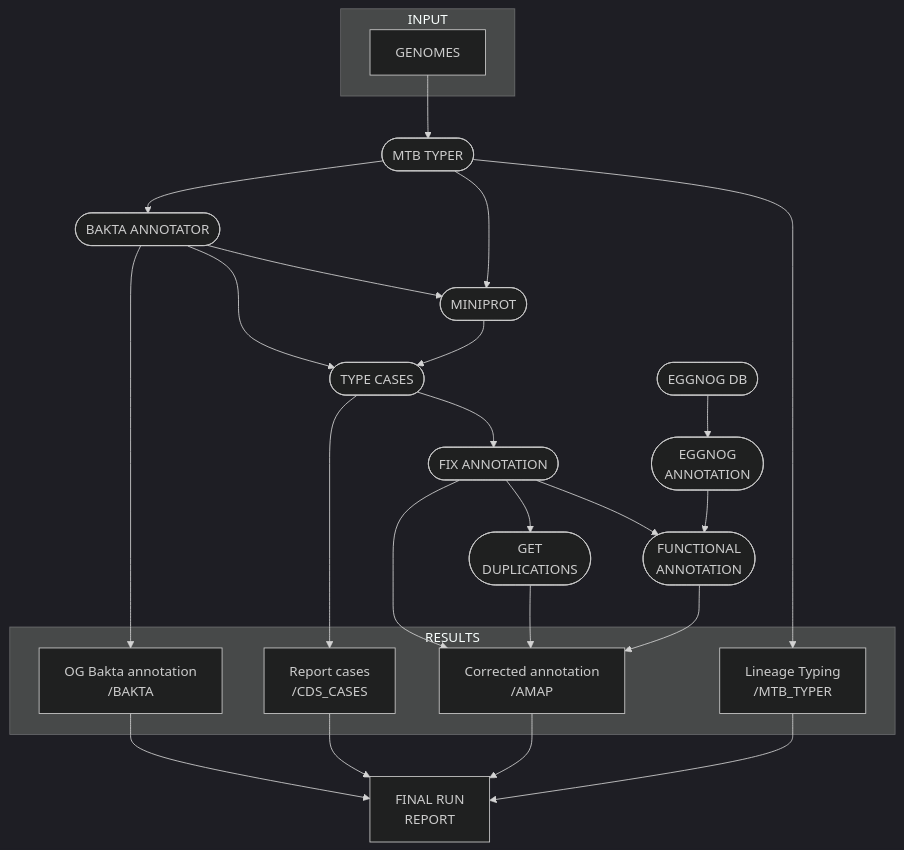
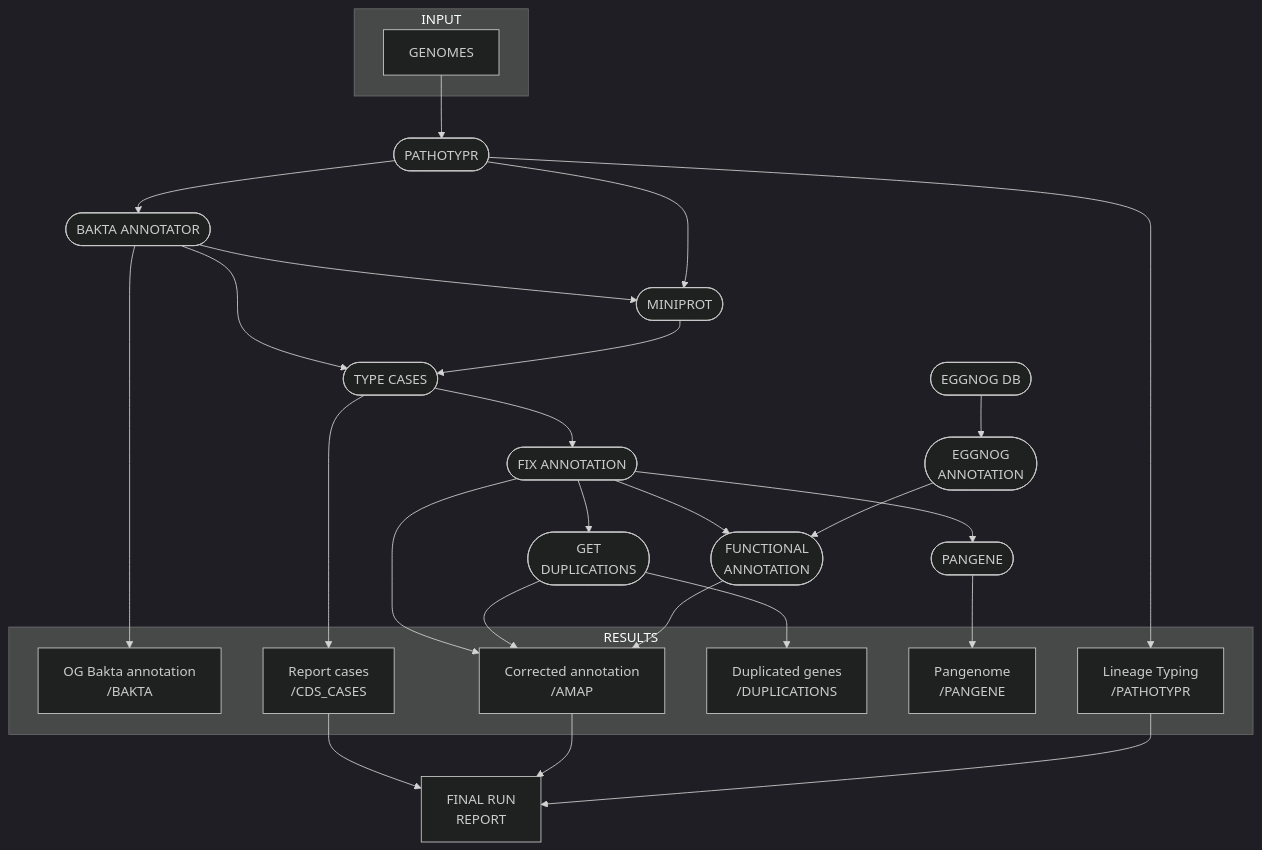
One commit to PathoGenOmics-Lab/AMAP changed the diagram in README.md. Above: the diagram before and after it, drawn with Mermaid. The commit also changed other lines of this file, not shown here.

Commit message:
Update mermaid plot

````diff
--- a/README.md
+++ b/README.md
@@ -129,53 +129,63 @@
 ```mermaid
+%%{init: { 'theme': 'dark' } }%%
 %%{init: { 'theme': 'dark' } }%%
 flowchart TB
     subgraph "INPUT"
     v0["GENOMES"]
     end
-    v3([MTB TYPER])
+    v3([PATHOTYPR])
     v4([BAKTA ANNOTATOR])
     v6([MINIPROT])
     v8([TYPE CASES])
     v14([FIX ANNOTATION])
     v20([GET 
     DUPLICATIONS])
     v17([EGGNOG DB])
     v18([EGGNOG 
     ANNOTATION])
     v19([FUNCTIONAL
     ANNOTATION])
     v16["FINAL RUN 
     REPORT"]
+    v22([PANGENE])
     subgraph "RESULTS"
     v12["OG Bakta annotation 
     /BAKTA"]
     v10["Report cases
     /CDS_CASES"]
     v13["Corrected annotation
     /AMAP"]
+    v23["Duplicated genes
+    /DUPLICATIONS"]
+    v21["Pangenome"
+    /PANGENE]
     v15["Lineage Typing
-    /MTB_TYPER"]
+    /PATHOTYPR"]
     
     end
     v3 --> v4
     v0 --> v3
     v4 --> v12
     v4 --> v6
     v3 --> v6
     v4 --> v8
     v6 --> v8
     v8 --> v10
     v8 --> v14
     v14 --> v13
     v20 --> v13
     v19 --> v13
     v3 --> v15
-    v12 --> v16
     v10 --> v16
     v13 --> v16
     v15 --> v16
     v17 --> v18
     v14 --> v19
     v18 --> v19
     v14 --> v20
+    v14 --> v22
+    v22 --> v21
+    v20 --> v23
+
+
 ```
````
